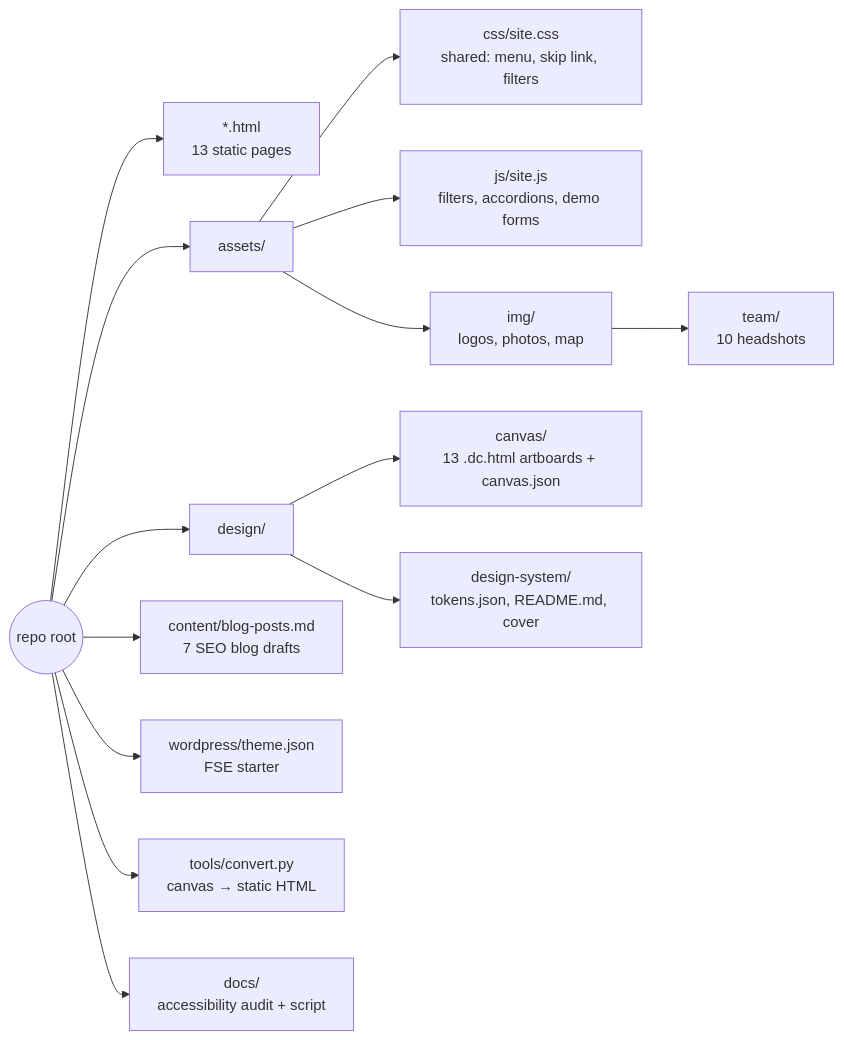
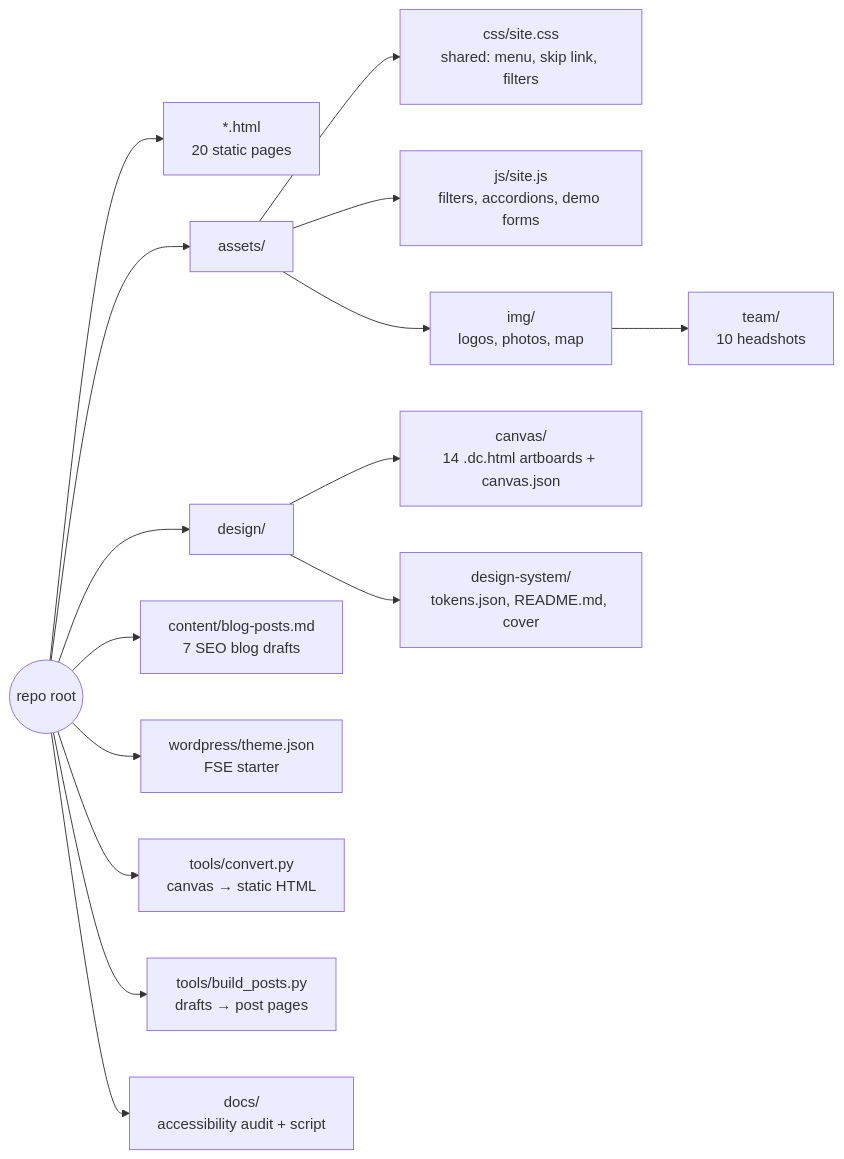
The third of 8 diagrams in README.md (CptNope/Alpha-Preclinical), drawn with Mermaid before and after one commit. The commit also changed other lines of this file and 39 other files, not shown here.

````diff
--- a/README.md
+++ b/README.md
@@ -125,16 +123,17 @@
 ```mermaid
 flowchart LR
-    R(("repo root")) --> P["*.html<br/>13 static pages"]
+    R(("repo root")) --> P["*.html<br/>20 static pages"]
     R --> AS["assets/"]
     AS --> CSS["css/site.css<br/>shared: menu, skip link, filters"]
     AS --> JS["js/site.js<br/>filters, accordions, demo forms"]
     AS --> IMG["img/<br/>logos, photos, map"]
     IMG --> TEAM["team/<br/>10 headshots"]
     R --> DS["design/"]
-    DS --> CV["canvas/<br/>13 .dc.html artboards + canvas.json"]
+    DS --> CV["canvas/<br/>14 .dc.html artboards + canvas.json"]
     DS --> SYS["design-system/<br/>tokens.json, README.md, cover"]
     R --> CT["content/blog-posts.md<br/>7 SEO blog drafts"]
     R --> WP["wordpress/theme.json<br/>FSE starter"]
     R --> TL["tools/convert.py<br/>canvas → static HTML"]
+    R --> TB["tools/build_posts.py<br/>drafts → post pages"]
     R --> DC["docs/<br/>accessibility audit + script"]
 ```
````
